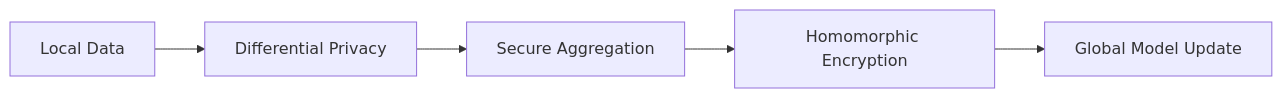
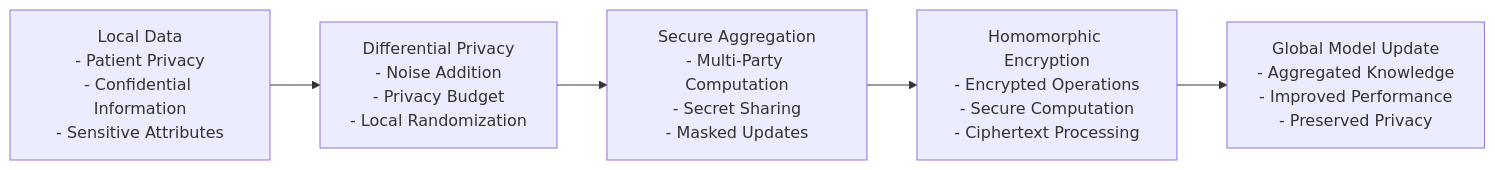
Diagram 14 of 17 in DIAGRAMS.md (prathameshatkare/Final_Cystic_fibrosis_project), drawn with Mermaid before and after one commit. The commit also changed other lines of this file, not shown here.

Commit message:
diagrams

````diff
--- a/DIAGRAMS.md
+++ b/DIAGRAMS.md
@@ -187,7 +235,7 @@
 ```mermaid
 graph LR
-    A[Local Data] --> B[Differential Privacy]
-    B --> C[Secure Aggregation]
-    C --> D[Homomorphic Encryption]
-    D --> E[Global Model Update]
+    A[Local Data<br/>- Patient Privacy<br/>- Confidential Information<br/>- Sensitive Attributes] --> B[Differential Privacy<br/>- Noise Addition<br/>- Privacy Budget<br/>- Local Randomization]
+    B --> C[Secure Aggregation<br/>- Multi-Party Computation<br/>- Secret Sharing<br/>- Masked Updates]
+    C --> D[Homomorphic Encryption<br/>- Encrypted Operations<br/>- Secure Computation<br/>- Ciphertext Processing]
+    D --> E[Global Model Update<br/>- Aggregated Knowledge<br/>- Improved Performance<br/>- Preserved Privacy]
 ```
````
